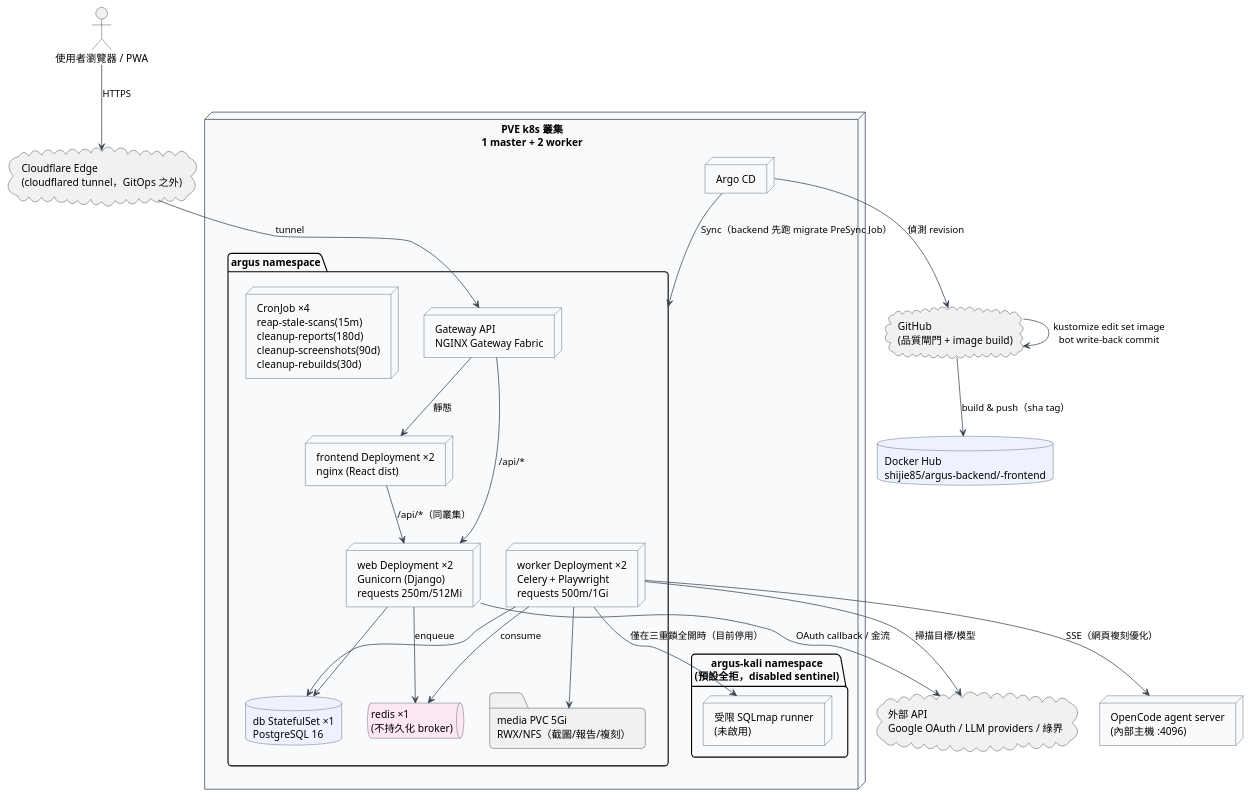
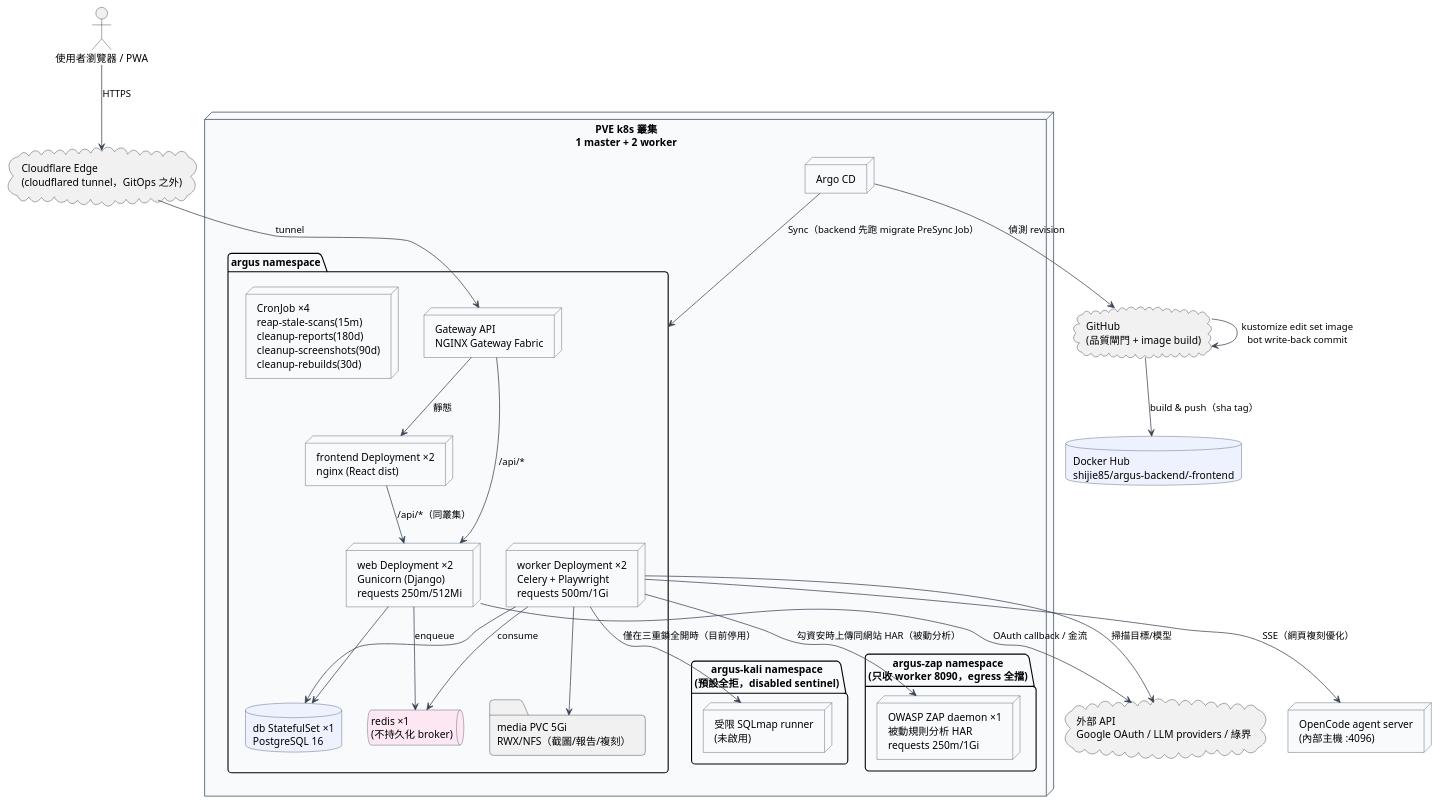
One commit to Djude1/Argus_WebsiteDiagnosticPlatform changed diagram 25 of 25 in 專題文件生成/設計文件_圖表與成本模組.md. Above: the diagram before and after it, drawn with PlantUML. The commit also changed other lines of this file and 32 other files, not shown here.

````diff
--- a/專題文件生成/設計文件_圖表與成本模組.md
+++ b/專題文件生成/設計文件_圖表與成本模組.md
@@ -1714,61 +1714,65 @@
 ```plantuml
 @startuml
 skinparam defaultFontName Microsoft JhengHei
 skinparam shadowing false
 skinparam roundcorner 10
 skinparam componentStyle rectangle
 skinparam BackgroundColor #FFFFFF
 skinparam NodeBorderColor #334155
 skinparam NodeBackgroundColor #F8FAFC
 skinparam DatabaseBorderColor #334155
 skinparam DatabaseBackgroundColor #EEF2FF
 skinparam QueueBorderColor #334155
 skinparam QueueBackgroundColor #FCE7F3
 skinparam ArrowColor #374151
 
 actor "使用者瀏覽器 / PWA" as User
 
 cloud "Cloudflare Edge\n(cloudflared tunnel，GitOps 之外)" as CF
 node "PVE k8s 叢集\n1 master + 2 worker" as Cluster {
   package "argus namespace" as NS {
     node "frontend Deployment ×2\nnginx (React dist)" as FE
     node "web Deployment ×2\nGunicorn (Django)\nrequests 250m/512Mi" as Web
     node "worker Deployment ×2\nCelery + Playwright\nrequests 500m/1Gi" as Worker
     database "db StatefulSet ×1\nPostgreSQL 16" as PG
     queue "redis ×1\n(不持久化 broker)" as Redis
     folder "media PVC 5Gi\nRWX/NFS（截圖/報告/複刻）" as Media
     node "Gateway API\nNGINX Gateway Fabric" as GW
     node "CronJob ×4\nreap-stale-scans(15m)\ncleanup-reports(180d)\ncleanup-screenshots(90d)\ncleanup-rebuilds(30d)" as Cron
   }
   package "argus-kali namespace\n(預設全拒，disabled sentinel)" as KaliNS {
     node "受限 SQLmap runner\n(未啟用)" as Kali
   }
+  package "argus-zap namespace\n(只收 worker 8090，egress 全擋)" as ZapNS {
+    node "OWASP ZAP daemon ×1\n被動規則分析 HAR\nrequests 250m/1Gi" as Zap
+  }
   node "Argo CD" as Argo
 }
 
 cloud "GitHub\n(品質閘門 + image build)" as GH
 database "Docker Hub\nshijie85/argus-backend/-frontend" as Hub
 node "OpenCode agent server\n(內部主機 :4096)" as OC
 cloud "外部 API\nGoogle OAuth / LLM providers / 綠界" as Ext
 
 User --> CF : HTTPS
 CF --> GW : tunnel
 GW --> FE : 靜態
 GW --> Web : /api/*
 FE --> Web : /api/*（同叢集）
 Web --> PG
 Web --> Redis : enqueue
 Worker --> Redis : consume
 Worker --> PG
 Worker --> Media
 Worker --> Kali : 僅在三重鎖全開時（目前停用）
+Worker --> Zap : 勾資安時上傳同網站 HAR（被動分析）
 Worker --> OC : SSE（網頁複刻優化）
 Worker --> Ext : 掃描目標/模型
 Web --> Ext : OAuth callback / 金流
 
 GH --> Hub : build & push（sha tag）
 GH --> GH : kustomize edit set image\nbot write-back commit
 Argo --> GH : 偵測 revision
 Argo --> NS : Sync（backend 先跑 migrate PreSync Job）
 @enduml
 ```
````
